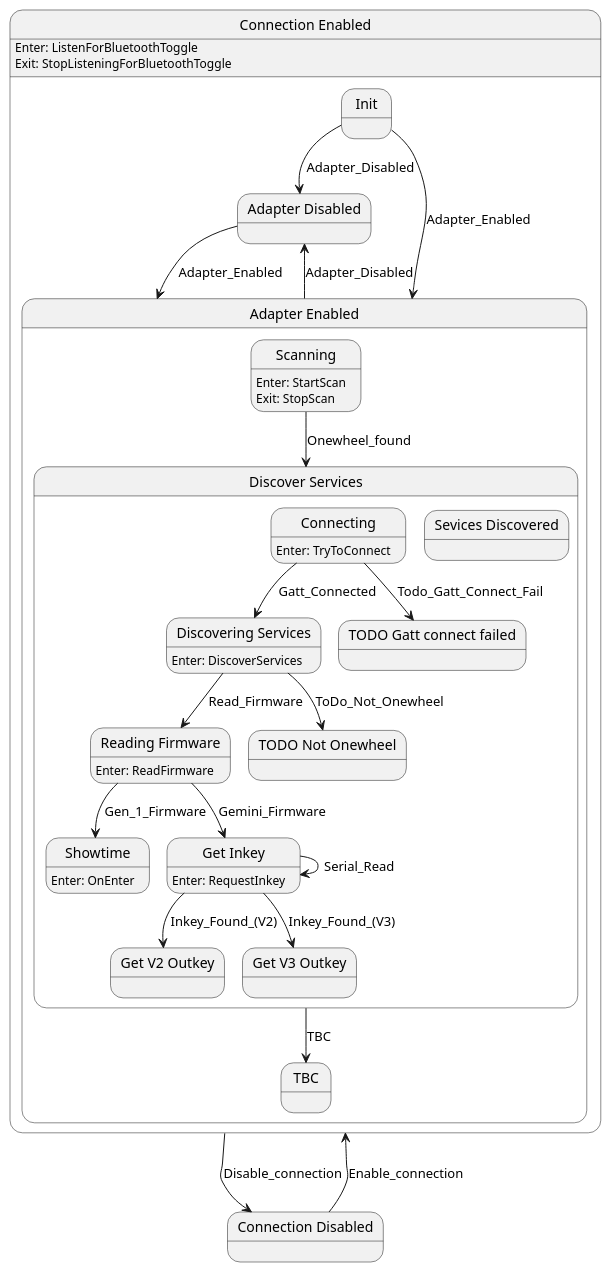
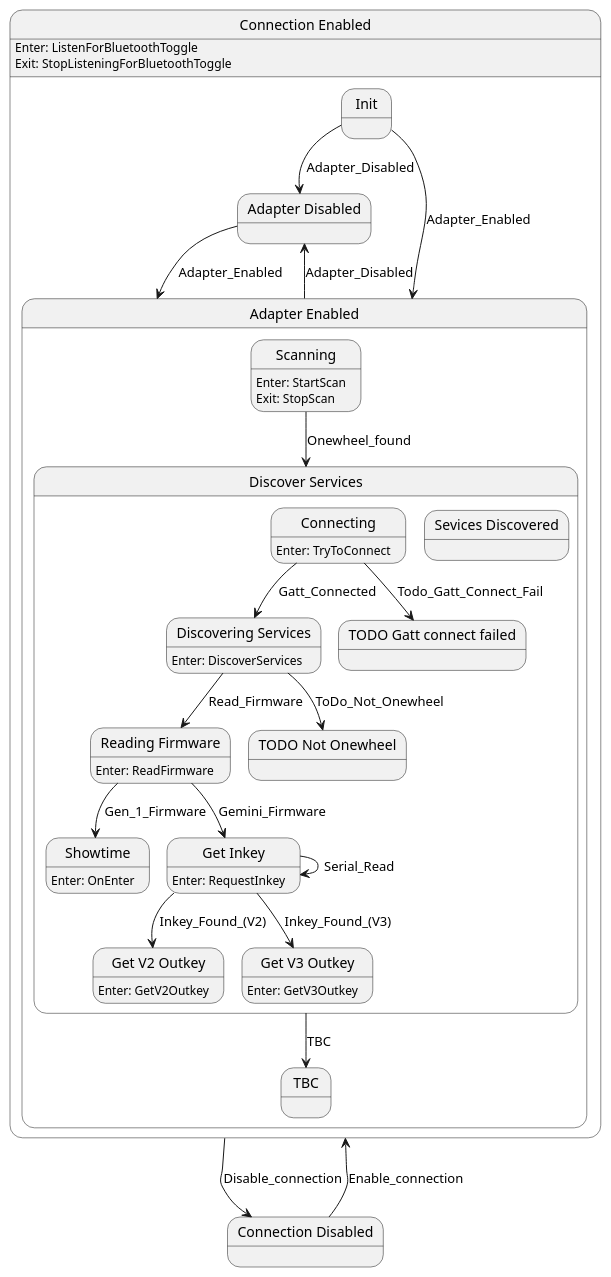
Before and after one commit to tekkies/android-ponewheel: the diagram in doc/ponewheel-state.plantuml, drawn with PlantUML. The commit also changed 3 other files, not shown here.

Commit message:
Created GetOutkey classes

```diff
--- a/doc/ponewheel-state.plantuml
+++ b/doc/ponewheel-state.plantuml
@@ -1,63 +1,65 @@
 @startuml
 state "Connection Enabled" as Connection_Enabled  {
     state "Adapter Disabled" as Adapter_Disabled  {
     }
     state "Adapter Enabled" as Adapter_Enabled  {
         state "Discover Services" as Discover_Services  {
             state "Discovering Services" as Discovering_Services  {
 Discovering_Services : Enter: DiscoverServices
             }
             state "Sevices Discovered" as Sevices_Discovered  {
             }
             state "Reading Firmware" as Reading_Firmware  {
 Reading_Firmware : Enter: ReadFirmware
             }
             state "Showtime" as Showtime  {
 Showtime : Enter: OnEnter
             }
             state "Get Inkey" as Get_Inkey  {
 Get_Inkey : Enter: RequestInkey
             }
             state "Get V2 Outkey" as Get_V2_Outkey  {
+Get_V2_Outkey : Enter: GetV2Outkey
             }
             state "Get V3 Outkey" as Get_V3_Outkey  {
+Get_V3_Outkey : Enter: GetV3Outkey
             }
             state "TODO Gatt connect failed" as TODO_Gatt_connect_failed  {
             }
             state "TODO Not Onewheel" as TODO_Not_Onewheel  {
             }
             state "Connecting" as Connecting  {
 Connecting : Enter: TryToConnect
             }
         }
         state "TBC" as TBC  {
         }
         state "Scanning" as Scanning  {
 Scanning : Enter: StartScan\nExit: StopScan
         }
     }
     state "Init" as Init  {
     }
 Connection_Enabled : Enter: ListenForBluetoothToggle\nExit: StopListeningForBluetoothToggle
 }
 state "Connection Disabled" as Connection_Disabled  {
 }
 Adapter_Disabled --> Adapter_Enabled : Adapter_Enabled
 Discovering_Services --> TODO_Not_Onewheel : ToDo_Not_Onewheel
 Discovering_Services --> Reading_Firmware : Read_Firmware
 Reading_Firmware --> Showtime : Gen_1_Firmware
 Reading_Firmware --> Get_Inkey : Gemini_Firmware
 Get_Inkey --> Get_Inkey : Serial_Read
 Get_Inkey --> Get_V2_Outkey : Inkey_Found_(V2)
 Get_Inkey --> Get_V3_Outkey : Inkey_Found_(V3)
 Connecting --> Discovering_Services : Gatt_Connected
 Connecting --> TODO_Gatt_connect_failed : Todo_Gatt_Connect_Fail
 Discover_Services --> TBC : TBC
 Scanning --> Discover_Services : Onewheel_found
 Adapter_Enabled --> Adapter_Disabled : Adapter_Disabled
 Init --> Adapter_Enabled : Adapter_Enabled
 Init --> Adapter_Disabled : Adapter_Disabled
 Connection_Enabled --> Connection_Disabled : Disable_connection
 Connection_Disabled --> Connection_Enabled : Enable_connection
  
 @enduml
```
